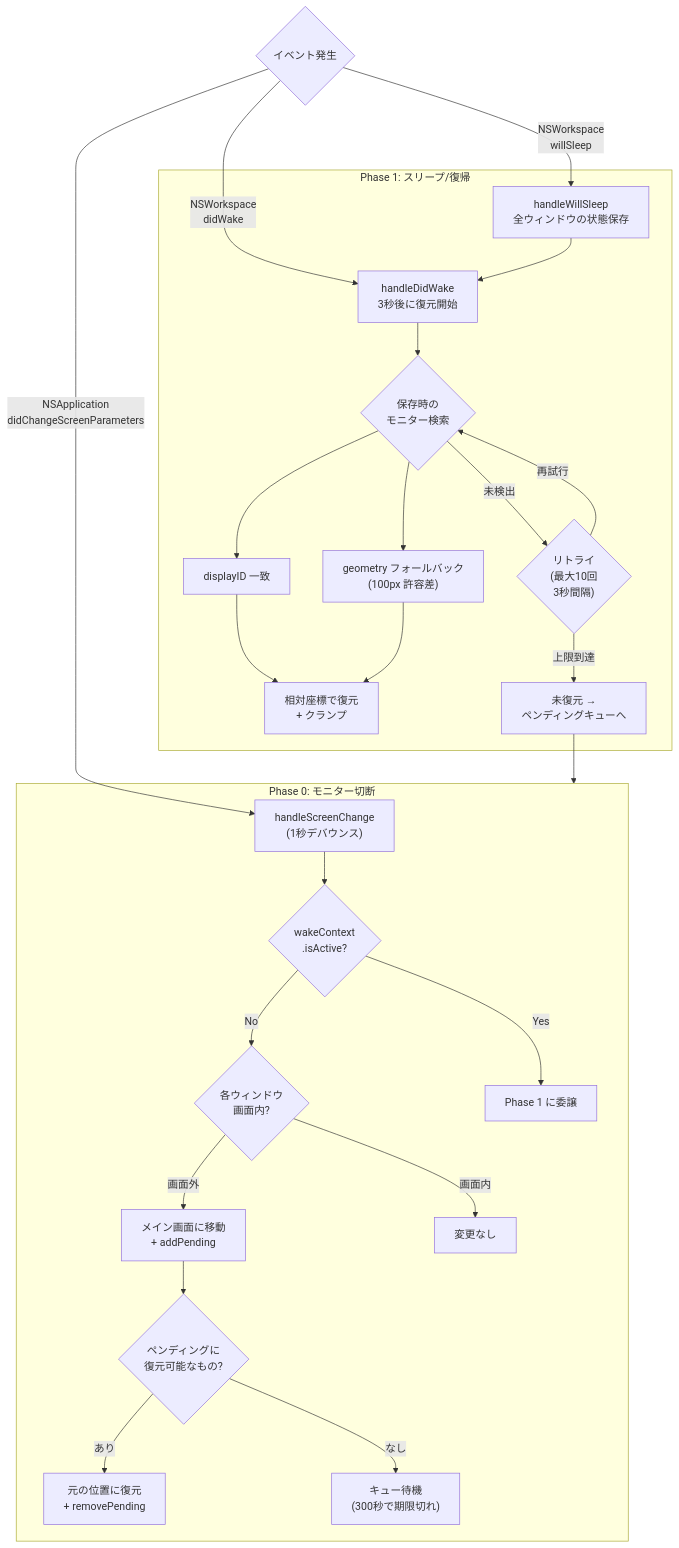
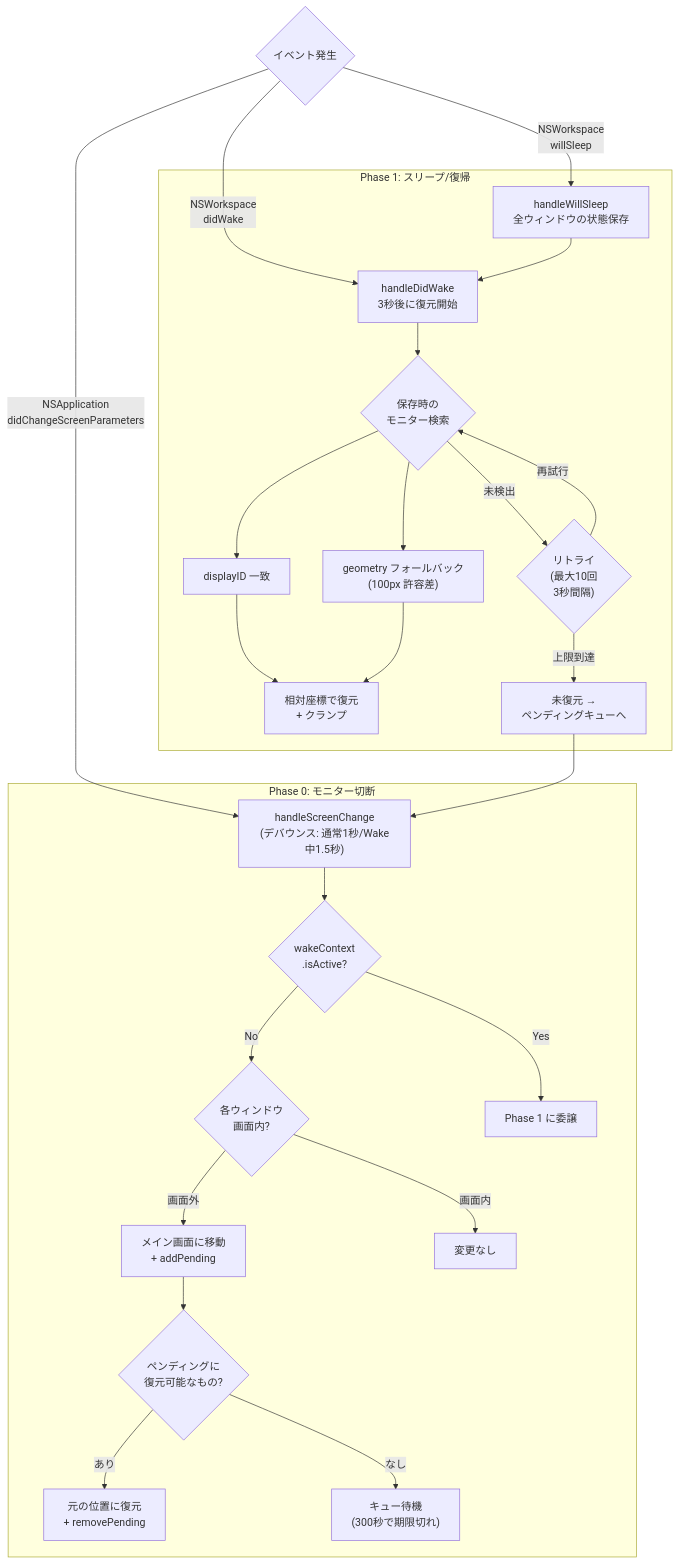
The third of 3 diagrams in docs/guide/update-and-restore.md (shiroemons/sobani), drawn with Mermaid before and after one commit. The commit also changed other lines of this file and 3 other files, not shown here.

````diff
--- a/docs/guide/update-and-restore.md
+++ b/docs/guide/update-and-restore.md
@@ -115,49 +117,49 @@
 ```mermaid
 flowchart TD
     Event{"イベント発生"}
 
     Event -->|"NSApplication\ndidChangeScreenParameters"| P0
     Event -->|"NSWorkspace\nwillSleep"| P1S
     Event -->|"NSWorkspace\ndidWake"| P1W
 
     subgraph Phase0["Phase 0: モニター切断"]
-        P0["handleScreenChange\n(1秒デバウンス)"]
+        P0["handleScreenChange\n(デバウンス: 通常1秒/Wake中1.5秒)"]
         P0CHK{"wakeContext\n.isActive?"}
         P0VIS{"各ウィンドウ\n画面内?"}
         P0MOVE["メイン画面に移動\n+ addPending"]
         P0REST{"ペンディングに\n復元可能なもの?"}
         P0OK["元の位置に復元\n+ removePending"]
 
         P0 --> P0CHK
         P0CHK -->|No| P0VIS
         P0CHK -->|Yes| P0SKIP["Phase 1 に委譲"]
         P0VIS -->|画面内| P0SKIP2["変更なし"]
         P0VIS -->|画面外| P0MOVE
         P0MOVE --> P0REST
         P0REST -->|あり| P0OK
         P0REST -->|なし| P0WAIT["キュー待機\n(300秒で期限切れ)"]
     end
 
     subgraph Phase1["Phase 1: スリープ/復帰"]
         P1S["handleWillSleep\n全ウィンドウの状態保存"]
         P1W["handleDidWake\n3秒後に復元開始"]
         P1FIND{"保存時の\nモニター検索"}
         P1ID["displayID 一致"]
         P1GEO["geometry フォールバック\n(100px 許容差)"]
         P1RESTORE["相対座標で復元\n+ クランプ"]
         P1RETRY{"リトライ\n(最大10回\n3秒間隔)"}
         P1PENDING["未復元 →\nペンディングキューへ"]
 
         P1S --> P1W
         P1W --> P1FIND
         P1FIND --> P1ID
         P1FIND --> P1GEO
         P1ID --> P1RESTORE
         P1GEO --> P1RESTORE
         P1FIND -->|未検出| P1RETRY
         P1RETRY -->|再試行| P1FIND
         P1RETRY -->|上限到達| P1PENDING
     end
 
-    P1PENDING --> Phase0
+    P1PENDING --> P0
 ```
````
